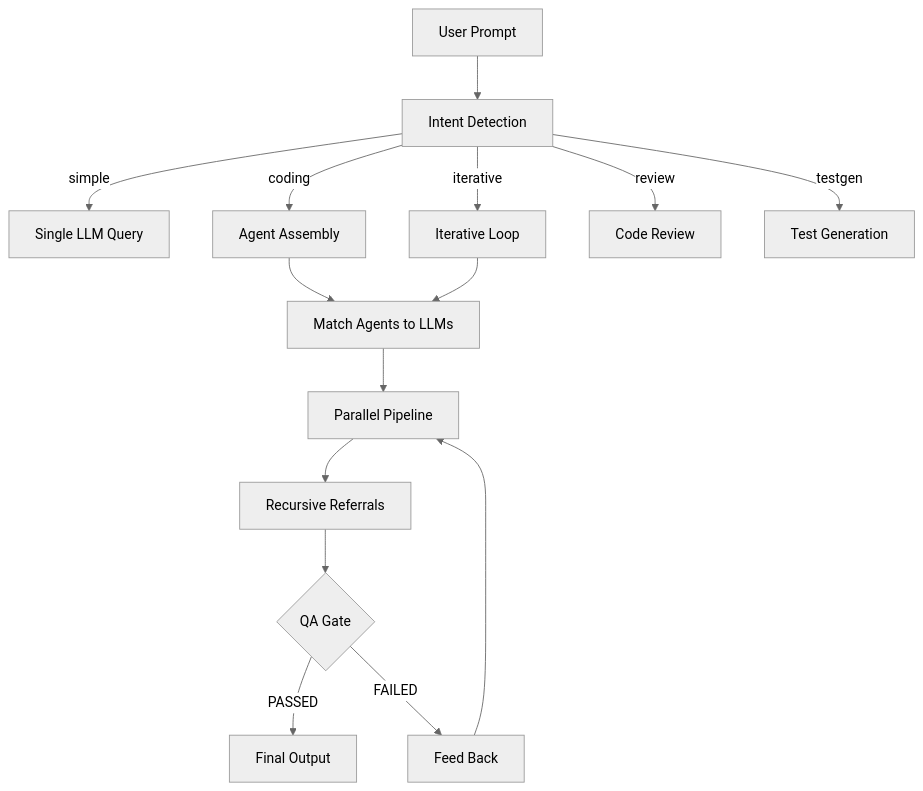
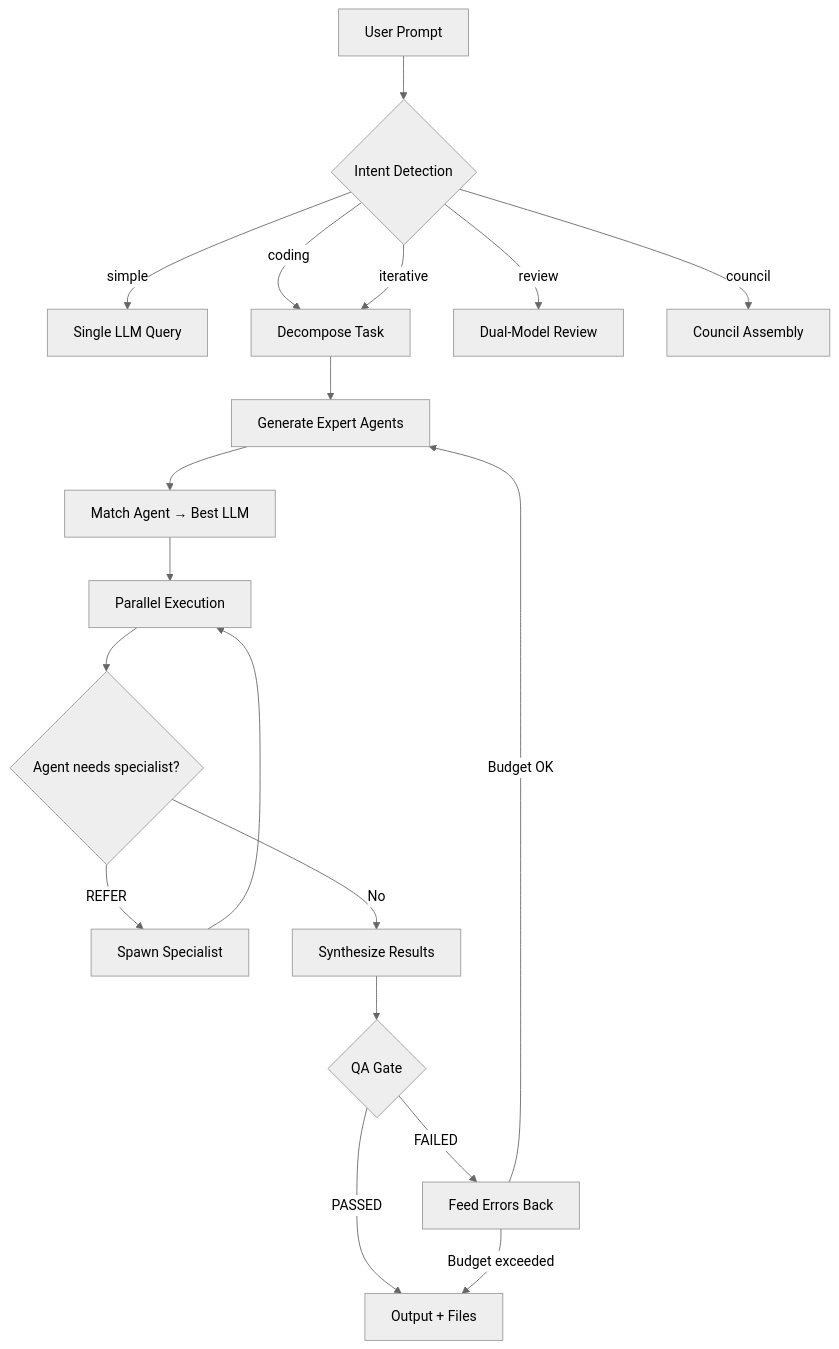
One commit to thatcooperguy/nvHive changed the second of 10 diagrams in README.md. Above: the diagram before and after it, drawn with Mermaid (neutral theme). The commit also changed other lines of this file, not shown here.

First line of the commit message:
docs: overhaul README with 5 new architecture diagrams, reorder for UX

````diff
--- a/README.md
+++ b/README.md
@@ -51,17 +42,21 @@
 ```mermaid
 flowchart TB
-    User[User Prompt] --> Intent[Intent Detection]
-    Intent --> |simple| LLM[Single LLM Query]
-    Intent --> |coding| Agent[Agent Assembly]
-    Intent --> |iterative| Iter[Iterative Loop]
-    Intent --> |review| Review[Code Review]
-    Intent --> |testgen| TestGen[Test Generation]
-    Agent --> Match[Match Agents to LLMs]
-    Iter --> Match
-    Match --> Pipeline[Parallel Pipeline]
-    Pipeline --> Referrals[Recursive Referrals]
-    Referrals --> QA{QA Gate}
-    QA -->|PASSED| Output[Final Output]
-    QA -->|FAILED| Feedback[Feed Back]
-    Feedback --> Pipeline
+    P[User Prompt] --> I{Intent Detection}
+    I -->|simple| LLM[Single LLM Query]
+    I -->|coding| D[Decompose Task]
+    I -->|iterative| D
+    I -->|review| REV[Dual-Model Review]
+    I -->|council| CON[Council Assembly]
+    D --> G[Generate Expert Agents]
+    G --> M[Match Agent → Best LLM]
+    M --> PAR[Parallel Execution]
+    PAR --> REF{Agent needs specialist?}
+    REF -->|REFER| SP[Spawn Specialist]
+    SP --> PAR
+    REF -->|No| SYN[Synthesize Results]
+    SYN --> QA{QA Gate}
+    QA -->|PASSED| OUT[Output + Files]
+    QA -->|FAILED| FB[Feed Errors Back]
+    FB -->|Budget OK| G
+    FB -->|Budget exceeded| OUT
 ```
````
